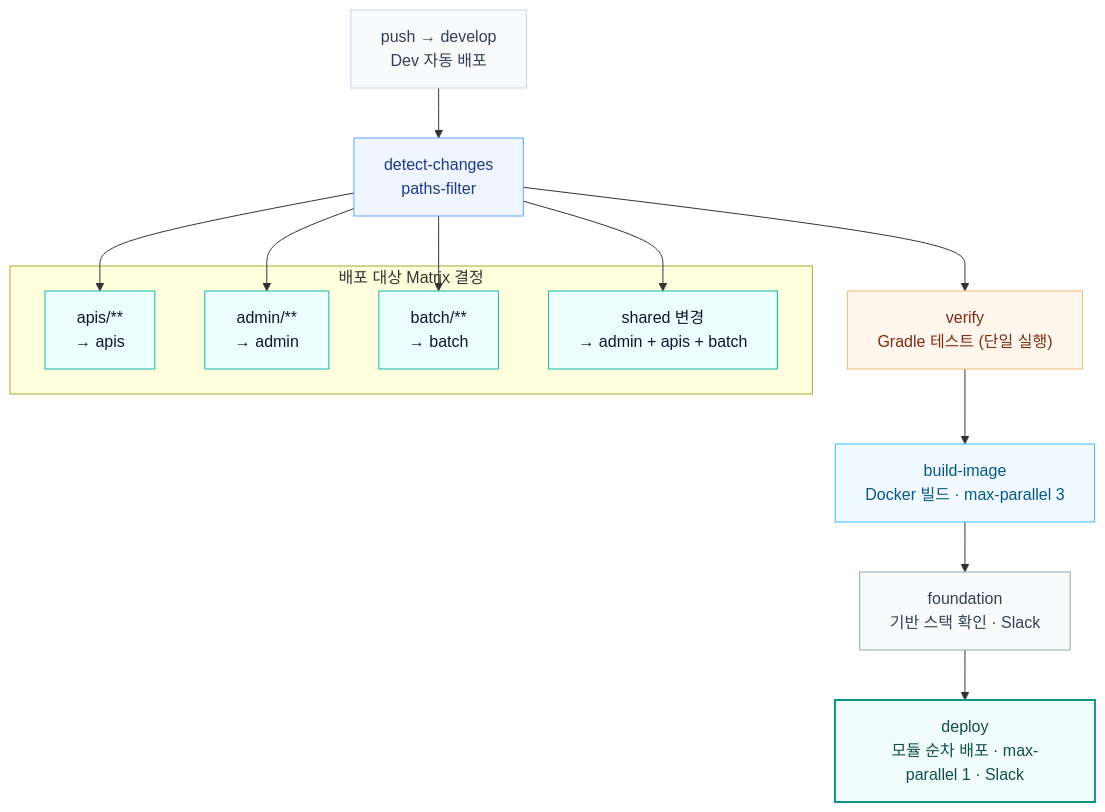
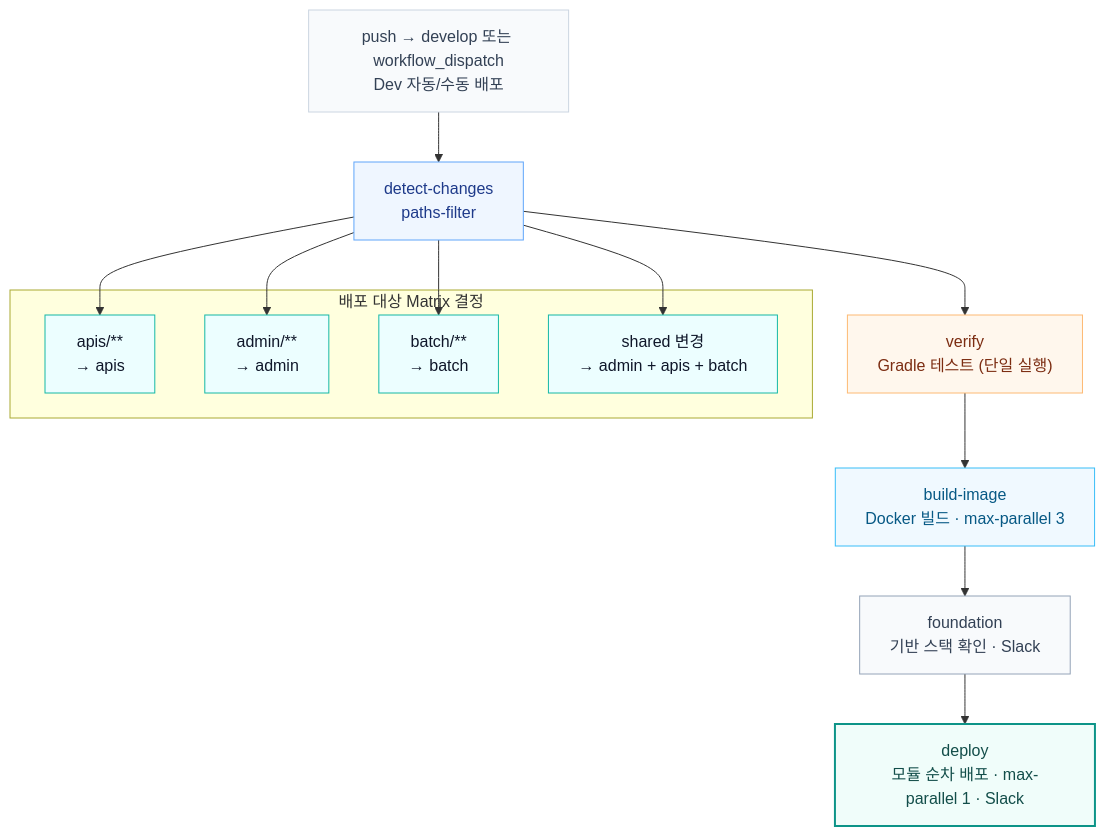
Before and after one commit to TEAM-BEAT/BEAT-SERVER: the sixth of 14 diagrams in infra/README.md, drawn with Mermaid. The commit also changed other lines of this file and 4 other files, not shown here.

````diff
--- a/infra/README.md
+++ b/infra/README.md
@@ -525,36 +525,36 @@
 ```mermaid
 flowchart TB
-    Trigger["push → develop<br/>Dev 자동 배포"]:::event
+    Trigger["push → develop 또는 workflow_dispatch<br/>Dev 자동/수동 배포"]:::event
 
     Detect["detect-changes<br/>paths-filter"]:::step
 
     subgraph MATRIX["배포 대상 Matrix 결정"]
         APIs["apis/**<br/>→ apis"]:::matrix
         Admin["admin/**<br/>→ admin"]:::matrix
         Batch["batch/**<br/>→ batch"]:::matrix
         Shared["shared 변경<br/>→ admin + apis + batch"]:::matrix
     end
 
     Verify["verify<br/>Gradle 테스트 (단일 실행)"]:::verify
 
     Build["build-image<br/>Docker 빌드 · max-parallel 3"]:::build
 
     Foundation["foundation<br/>기반 스택 확인 · Slack"]:::infra
 
     Deploy["deploy<br/>모듈 순차 배포 · max-parallel 1 · Slack"]:::deploy
 
     Trigger --> Detect
     Detect --> APIs & Admin & Batch & Shared
     Detect --> Verify
     Verify --> Build
     Build --> Foundation
     Foundation --> Deploy
 
     classDef event fill:#F8FAFC,stroke:#CBD5E1,stroke-width:1px,color:#334155
     classDef step fill:#EFF6FF,stroke:#60A5FA,stroke-width:1px,color:#1E3A8A
     classDef matrix fill:#ECFEFF,stroke:#14B8A6,stroke-width:1px,color:#0F172A
     classDef verify fill:#FFF7ED,stroke:#FDBA74,stroke-width:1px,color:#7C2D12
     classDef build fill:#F0F9FF,stroke:#38BDF8,stroke-width:1px,color:#075985
     classDef infra fill:#F8FAFC,stroke:#94A3B8,stroke-width:1px,color:#334155
     classDef deploy fill:#F0FDFA,stroke:#0D9488,stroke-width:2px,color:#134E4A
 ```
````
